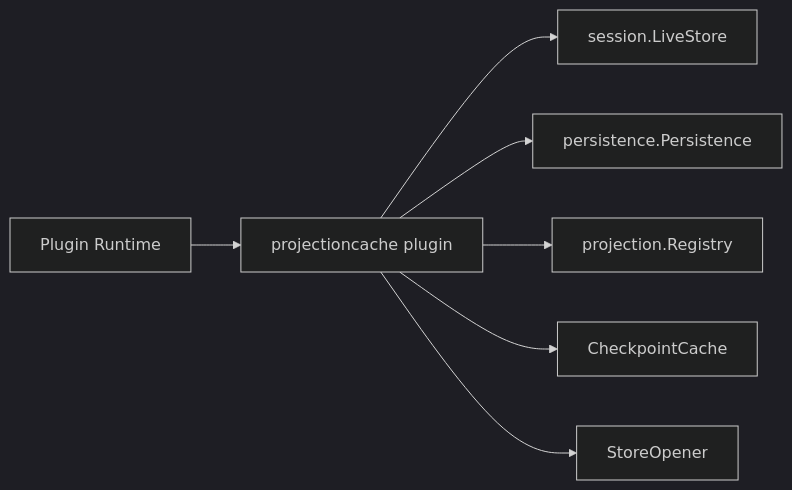
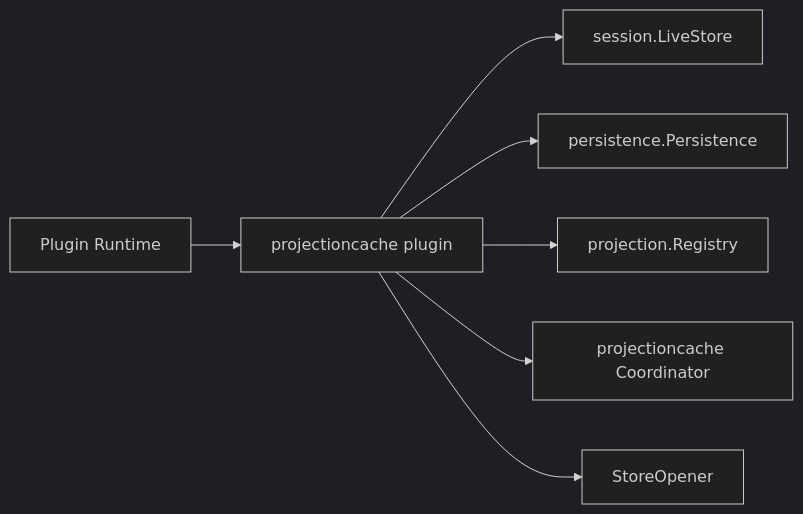
The diagram in session/projectioncache/plugin/README.zh-CN.md (gorenx/goren), drawn with Mermaid (dark theme) before and after one commit. The commit also changed other lines of this file and 4 other files, not shown here.

````diff
--- a/session/projectioncache/plugin/README.zh-CN.md
+++ b/session/projectioncache/plugin/README.zh-CN.md
@@ -5,9 +5,9 @@
 ```mermaid
 flowchart LR
     Runtime[Plugin Runtime] --> Plugin[projectioncache plugin]
     Plugin --> Sessions[session.LiveStore]
     Plugin --> Persistence[persistence.Persistence]
     Plugin --> Registry[projection.Registry]
-    Plugin --> Cache[CheckpointCache]
+    Plugin --> Cache[projectioncache Coordinator]
     Plugin --> Opener[StoreOpener]
 ```
````
